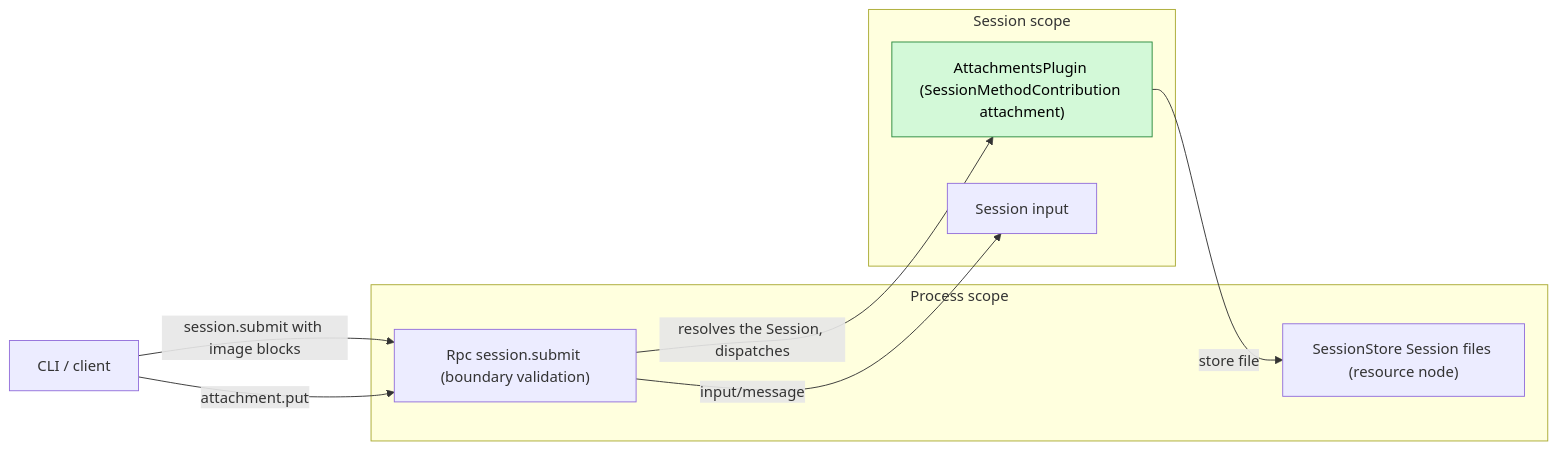
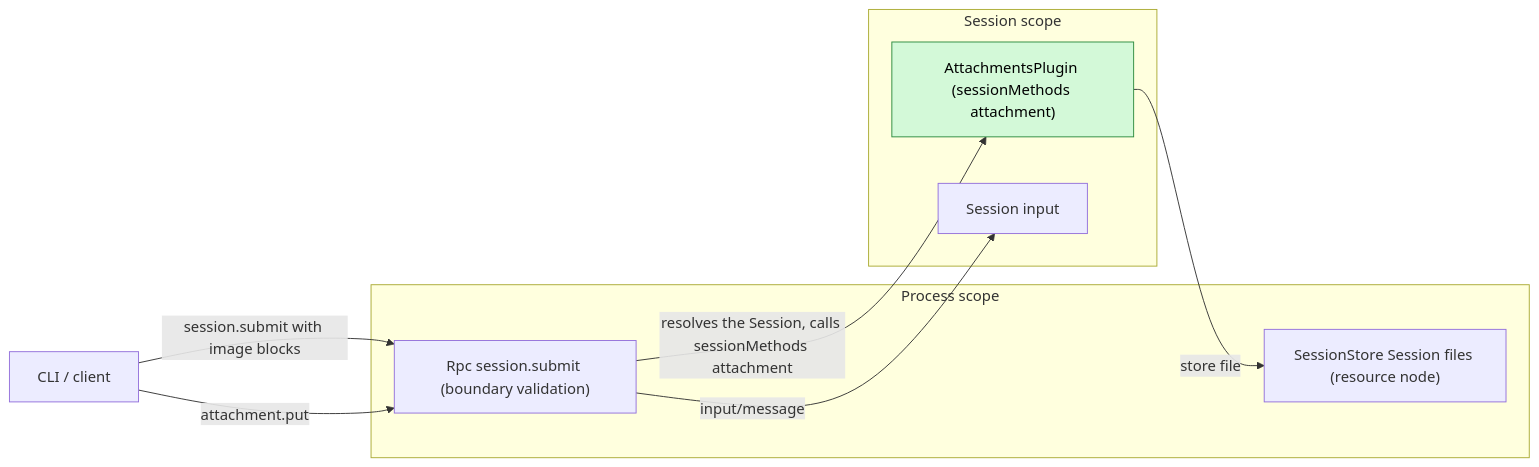
One commit to CoutinhoTTS/dim-agent changed the first of 4 diagrams in docs/design/plugins/Attachments.md. Above: the diagram before and after it, drawn with Mermaid. The commit also changed other lines of this file and 3 other files, not shown here.

````diff
--- a/docs/design/plugins/Attachments.md
+++ b/docs/design/plugins/Attachments.md
@@ -9,18 +9,18 @@
 ```mermaid
 flowchart LR
   CLI["CLI / client"]
   subgraph P["Process scope"]
     RPC["Rpc session.submit (boundary validation)"]
     SS["SessionStore Session files (resource node)"]
   end
   subgraph S["Session scope"]
-    AT["AttachmentsPlugin (SessionMethodContribution attachment)"]:::new
+    AT["AttachmentsPlugin (sessionMethods attachment)"]:::new
     SI["Session input"]
   end
   CLI -- "session.submit with image blocks" --> RPC
   CLI -- "attachment.put" --> RPC
-  RPC -- "resolves the Session, dispatches" --> AT
+  RPC -- "resolves the Session, calls sessionMethods attachment" --> AT
   AT -- "store file" --> SS
   RPC -- "input/message" --> SI
   classDef new fill:#d3f9d8,stroke:#2b8a3e,color:#000
 ```
````
